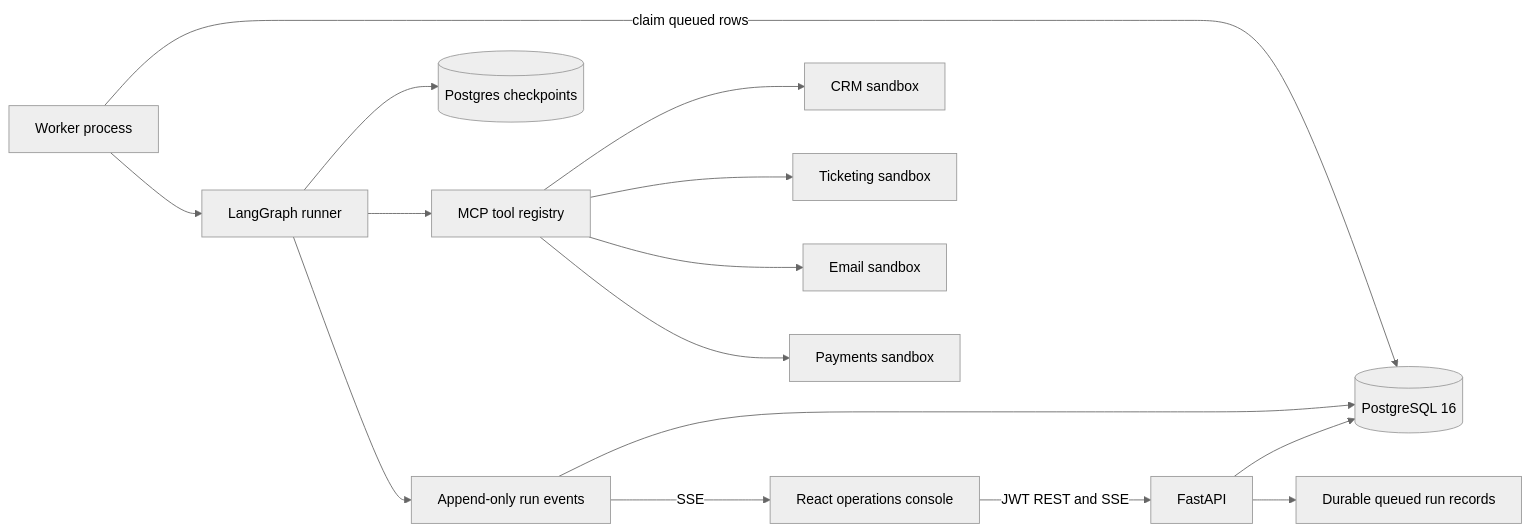
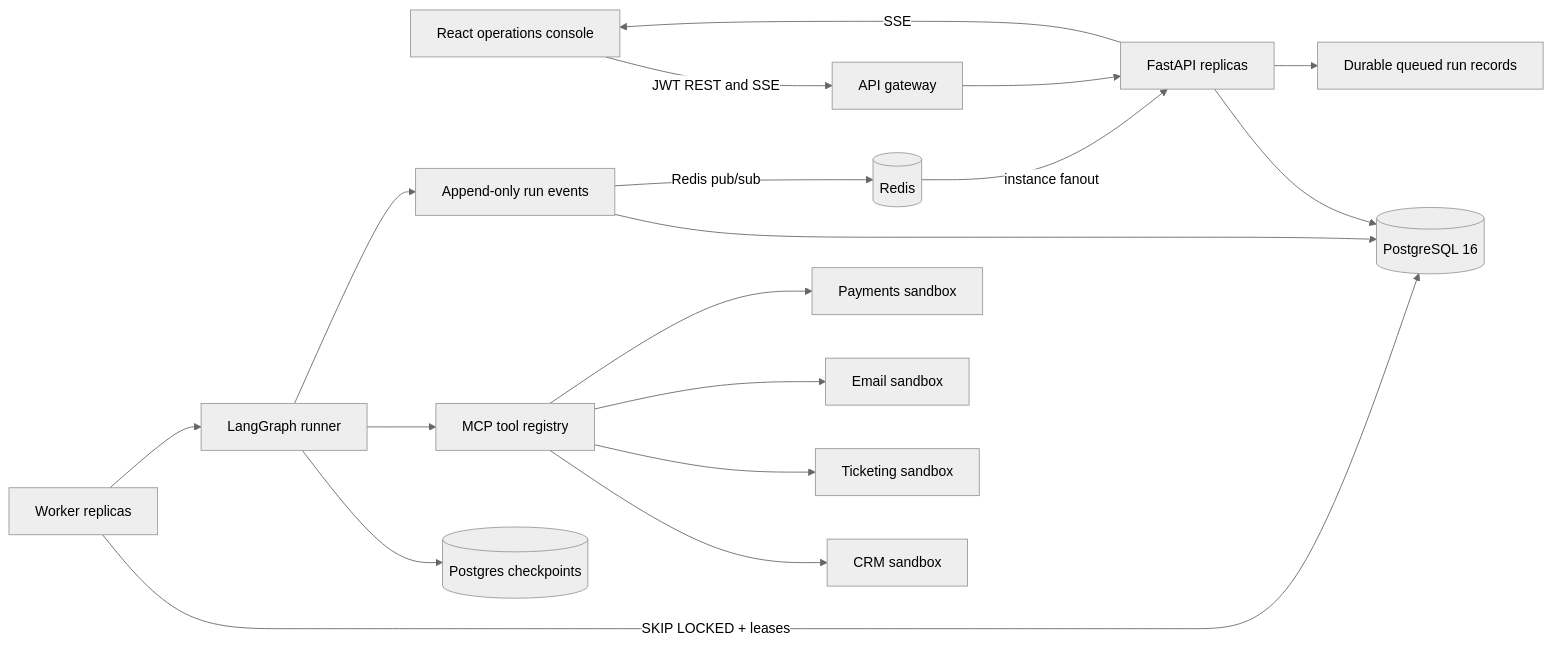
One commit to MazenElharmeel-spec/flowstate-multi-agent-workflow-platform changed the first of 2 diagrams in docs/architecture.md. Above: the diagram before and after it, drawn with Mermaid (neutral theme). The commit also changed other lines of this file and 17 other files, not shown here.

Commit message:
feat(scale): support horizontal API and worker replicas

````diff
--- a/docs/architecture.md
+++ b/docs/architecture.md
@@ -5,17 +5,20 @@
 ```mermaid
 flowchart LR
-  UI[React operations console] -->|JWT REST and SSE| API[FastAPI]
+  UI[React operations console] -->|JWT REST and SSE| GW[API gateway]
+  GW --> API[FastAPI replicas]
   API --> DB[(PostgreSQL 16)]
   API --> Q[Durable queued run records]
-  W[Worker process] -->|claim queued rows| DB
+  W[Worker replicas] -->|SKIP LOCKED + leases| DB
   W --> G[LangGraph runner]
   G --> CP[(Postgres checkpoints)]
   G --> MCP[MCP tool registry]
   MCP --> CRM[CRM sandbox]
   MCP --> TICKETS[Ticketing sandbox]
   MCP --> EMAIL[Email sandbox]
   MCP --> PAY[Payments sandbox]
   G --> EVT[Append-only run events]
   EVT --> DB
-  EVT -->|SSE| UI
+  EVT -->|Redis pub/sub| R[(Redis)]
+  R -->|instance fanout| API
+  API -->|SSE| UI
 ```
````
